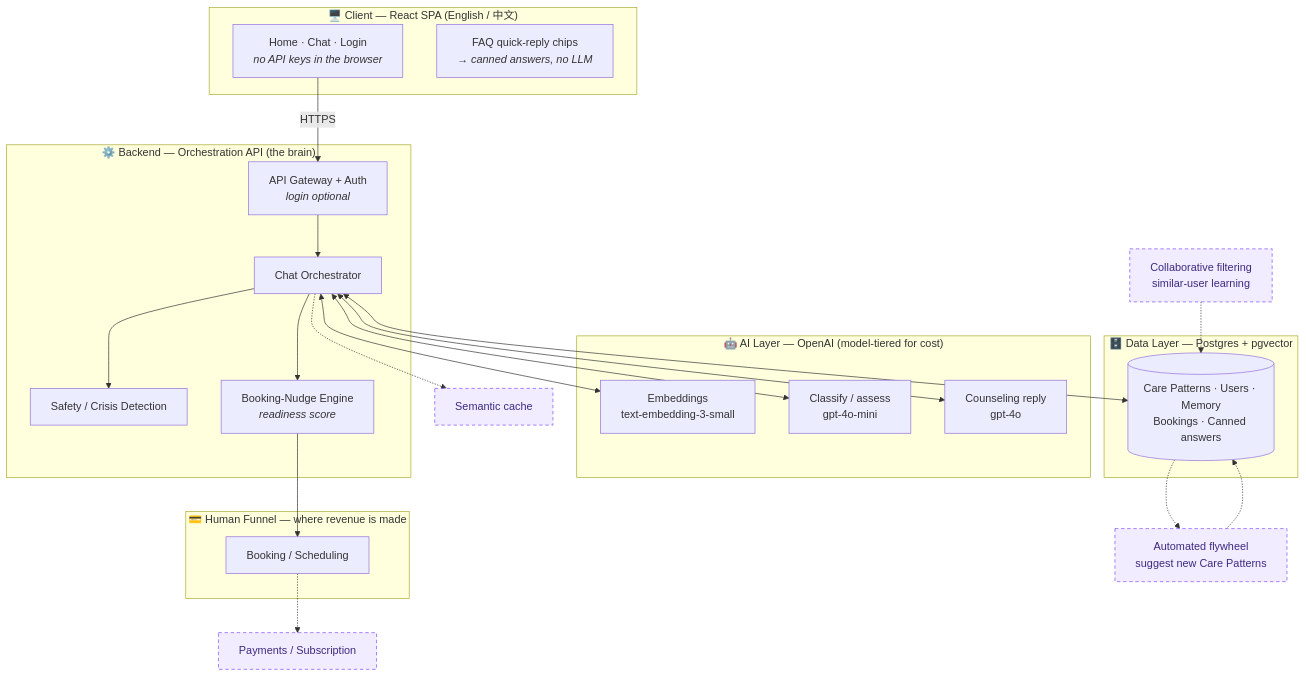
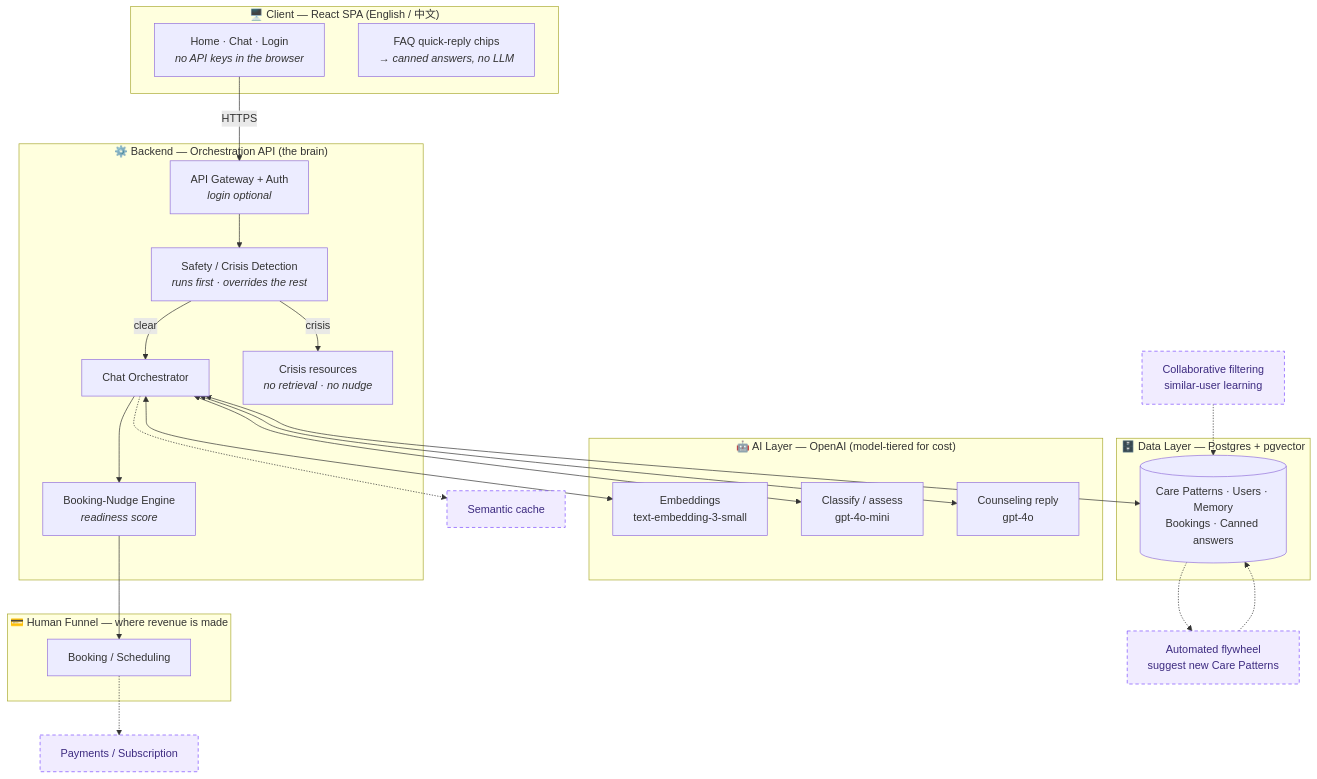
The first of 3 diagrams in docs/ARCHITECTURE.md (Jing-Qu-jq/inner-sun), drawn with Mermaid before and after one commit. The commit also changed other lines of this file and 4 other files, not shown here.

````diff
--- a/docs/ARCHITECTURE.md
+++ b/docs/ARCHITECTURE.md
@@ -35,47 +35,49 @@
 ```mermaid
 flowchart TD
     subgraph Client["🖥️ Client — React SPA (English / 中文)"]
         UI["Home · Chat · Login<br/><i>no API keys in the browser</i>"]
         FAQ["FAQ quick-reply chips<br/><i>→ canned answers, no LLM</i>"]
     end
     UI -->|HTTPS| API
     subgraph Backend["⚙️ Backend — Orchestration API (the brain)"]
         API["API Gateway + Auth<br/><i>login optional</i>"]
+        SAFE["Safety / Crisis Detection<br/><i>runs first · overrides the rest</i>"]
         ORCH["Chat Orchestrator"]
-        SAFE["Safety / Crisis Detection"]
         NUDGE["Booking-Nudge Engine<br/><i>readiness score</i>"]
+        CRISISOUT["Crisis resources<br/><i>no retrieval · no nudge</i>"]
     end
-    API --> ORCH
-    ORCH --> SAFE
+    API --> SAFE
+    SAFE -->|"crisis"| CRISISOUT
+    SAFE -->|"clear"| ORCH
     ORCH --> NUDGE
     subgraph AI["🤖 AI Layer — OpenAI (model-tiered for cost)"]
         EMB["Embeddings<br/>text-embedding-3-small"]
         CLASSIFY["Classify / assess<br/>gpt-4o-mini"]
         GEN["Counseling reply<br/>gpt-4o"]
     end
     subgraph Data["🗄️ Data Layer — Postgres + pgvector"]
         PG[("Care Patterns · Users · Memory<br/>Bookings · Canned answers")]
     end
     ORCH <--> EMB
     ORCH <--> CLASSIFY
     ORCH <--> GEN
     ORCH <--> PG
     subgraph Human["💳 Human Funnel — where revenue is made"]
         BOOK["Booking / Scheduling"]
     end
     NUDGE --> BOOK
 
     %% ---- Future (v2+) ----
     SEM["Semantic cache"]
     CF["Collaborative filtering<br/>similar-user learning"]
     PAY["Payments / Subscription"]
     FLY["Automated flywheel<br/>suggest new Care Patterns"]
     ORCH -.-> SEM
     BOOK -.-> PAY
     CF -.-> PG
     PG -.-> FLY
     FLY -.-> PG
 
     classDef future stroke-dasharray:5 4,stroke:#7c4dff,fill:#f1ecff,color:#3d2b80;
     class SEM,CF,PAY,FLY future;
 ```
````
